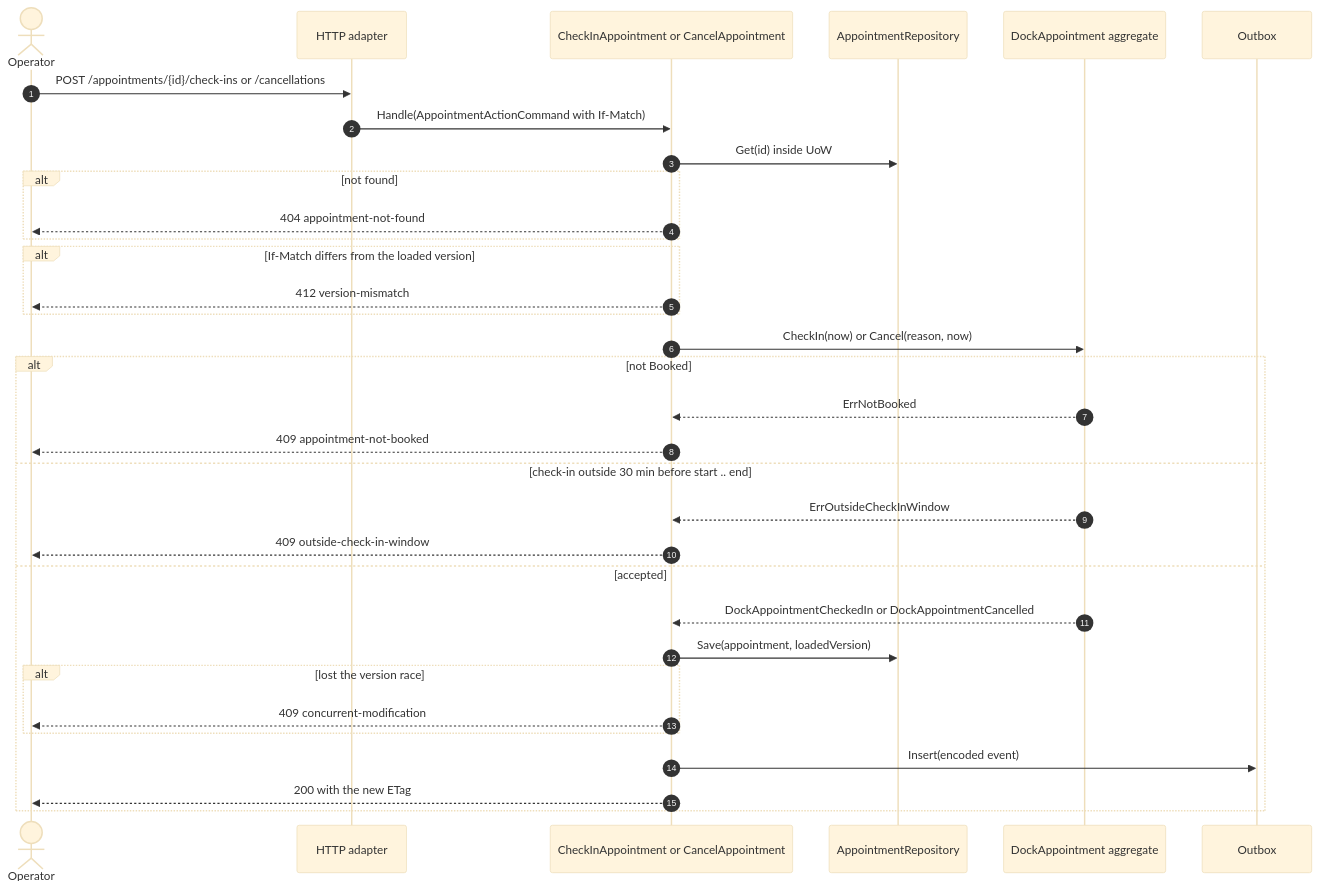
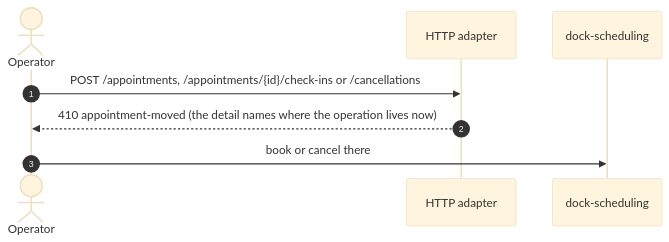
One commit to IQVO/warehouse-docs changed the second of 7 diagrams in docs/contexts/inbound-receiving/sequence-diagrams.md. Above: the diagram before and after it, drawn with Mermaid (base theme). The commit also changed other lines of this file and 16 other files, not shown here.

````diff
--- a/docs/contexts/inbound-receiving/sequence-diagrams.md
+++ b/docs/contexts/inbound-receiving/sequence-diagrams.md
@@ -127,36 +73,11 @@
 ```mermaid
 sequenceDiagram
   autonumber
   actor Op as Operator
   participant H as HTTP adapter
-  participant UC as CheckInAppointment or CancelAppointment
-  participant PR as AppointmentRepository
-  participant D as DockAppointment aggregate
-  participant O as Outbox
+  participant DS as dock-scheduling
 
-  Op->>H: POST /appointments/{id}/check-ins or /cancellations
-  H->>UC: Handle(AppointmentActionCommand with If-Match)
-  UC->>PR: Get(id) inside UoW
-  alt not found
-    UC-->>Op: 404 appointment-not-found
-  end
-  alt If-Match differs from the loaded version
-    UC-->>Op: 412 version-mismatch
-  end
-  UC->>D: CheckIn(now) or Cancel(reason, now)
-  alt not Booked
-    D-->>UC: ErrNotBooked
-    UC-->>Op: 409 appointment-not-booked
-  else check-in outside 30 min before start .. end
-    D-->>UC: ErrOutsideCheckInWindow
-    UC-->>Op: 409 outside-check-in-window
-  else accepted
-    D-->>UC: DockAppointmentCheckedIn or DockAppointmentCancelled
-    UC->>PR: Save(appointment, loadedVersion)
-    alt lost the version race
-      UC-->>Op: 409 concurrent-modification
-    end
-    UC->>O: Insert(encoded event)
-    UC-->>Op: 200 with the new ETag
-  end
+  Op->>H: POST /appointments, /appointments/{id}/check-ins or /cancellations
+  H-->>Op: 410 appointment-moved (the detail names where the operation lives now)
+  Op->>DS: book or cancel there
 ```
````
